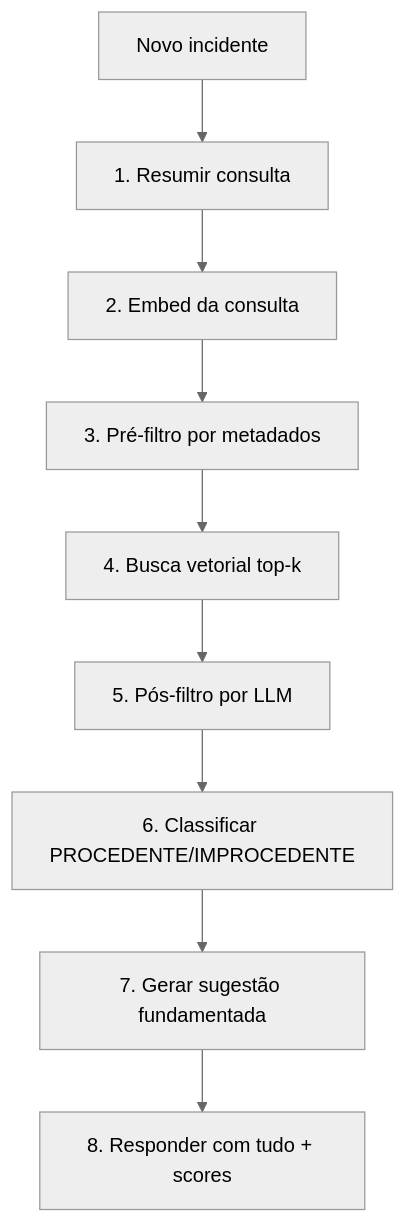
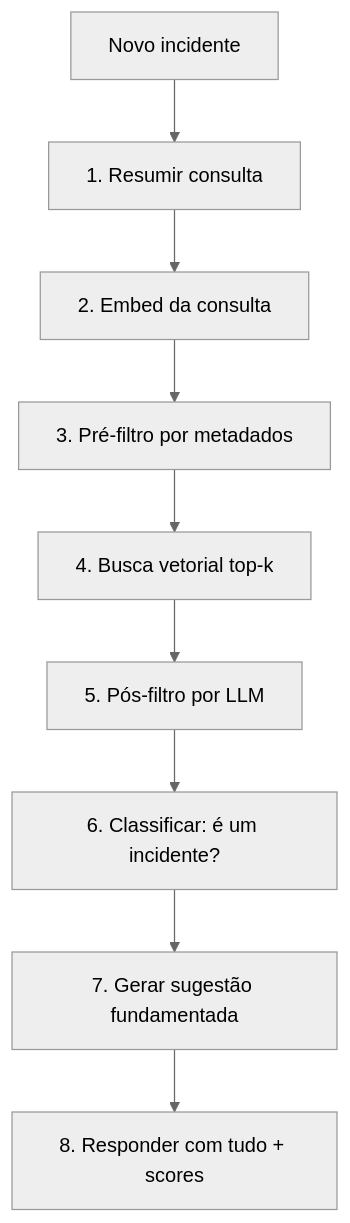
One commit to johnlaff/incident-sense changed the diagram in docs/rag-flow.md. Above: the diagram before and after it, drawn with Mermaid (neutral theme). The commit also changed other lines of this file and 26 other files, not shown here.

````diff
--- a/docs/rag-flow.md
+++ b/docs/rag-flow.md
@@ -11,11 +11,11 @@
 ```mermaid
 flowchart TD
     A[Novo incidente] --> B[1. Resumir consulta]
     B --> C[2. Embed da consulta]
     C --> D[3. Pré-filtro por metadados]
     D --> E[4. Busca vetorial top-k]
     E --> F[5. Pós-filtro por LLM]
-    F --> G[6. Classificar PROCEDENTE/IMPROCEDENTE]
+    F --> G[6. Classificar: é um incidente?]
     G --> H[7. Gerar sugestão fundamentada]
     H --> R[8. Responder com tudo + scores]
 ```
````
